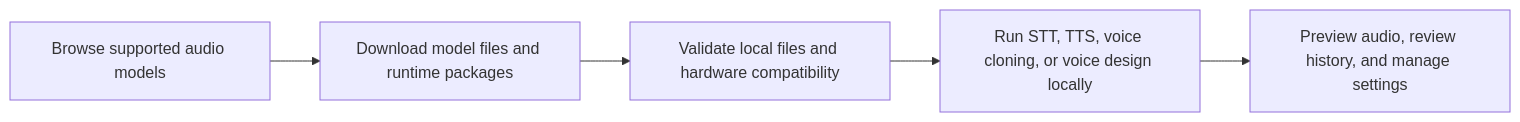
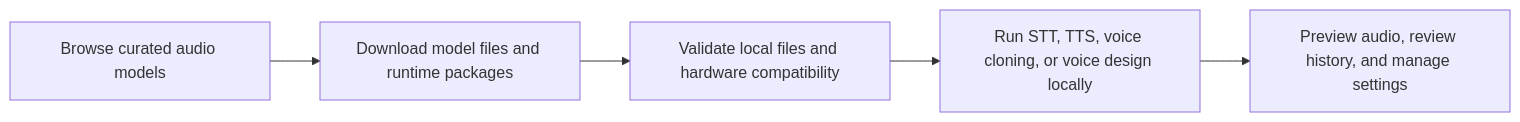
One commit to dduongtrandai/LA-Studio changed the diagram in README.md. Above: the diagram before and after it, drawn with Mermaid. The commit also changed other lines of this file and 485 other files, not shown here.

````diff
--- a/README.md
+++ b/README.md
@@ -104,7 +114,7 @@
 ```mermaid
 flowchart LR
-    A["Browse supported audio models"] --> B["Download model files and runtime packages"]
+    A["Browse curated audio models"] --> B["Download model files and runtime packages"]
     B --> C["Validate local files and hardware compatibility"]
     C --> D["Run STT, TTS, voice cloning, or voice design locally"]
     D --> E["Preview audio, review history, and manage settings"]
 ```
````
